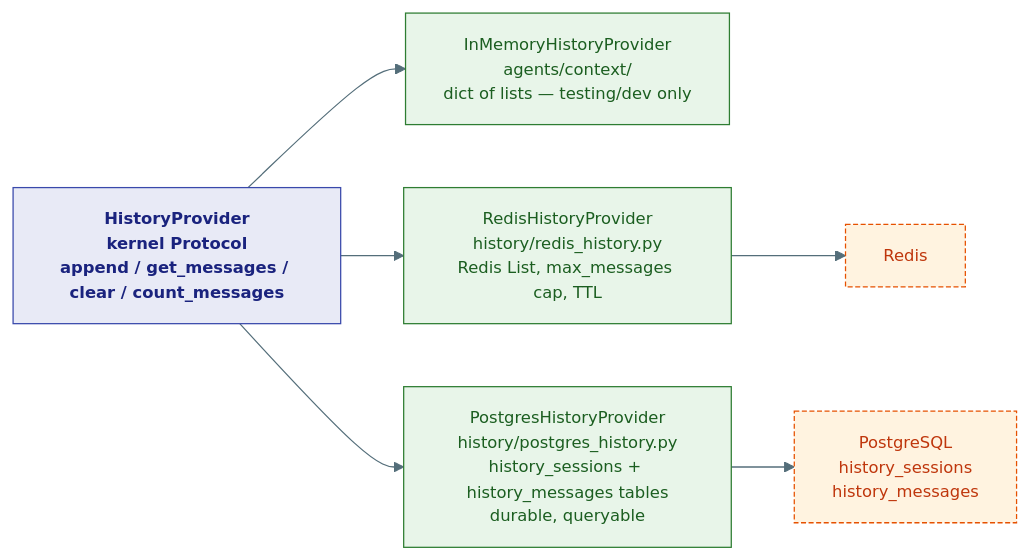
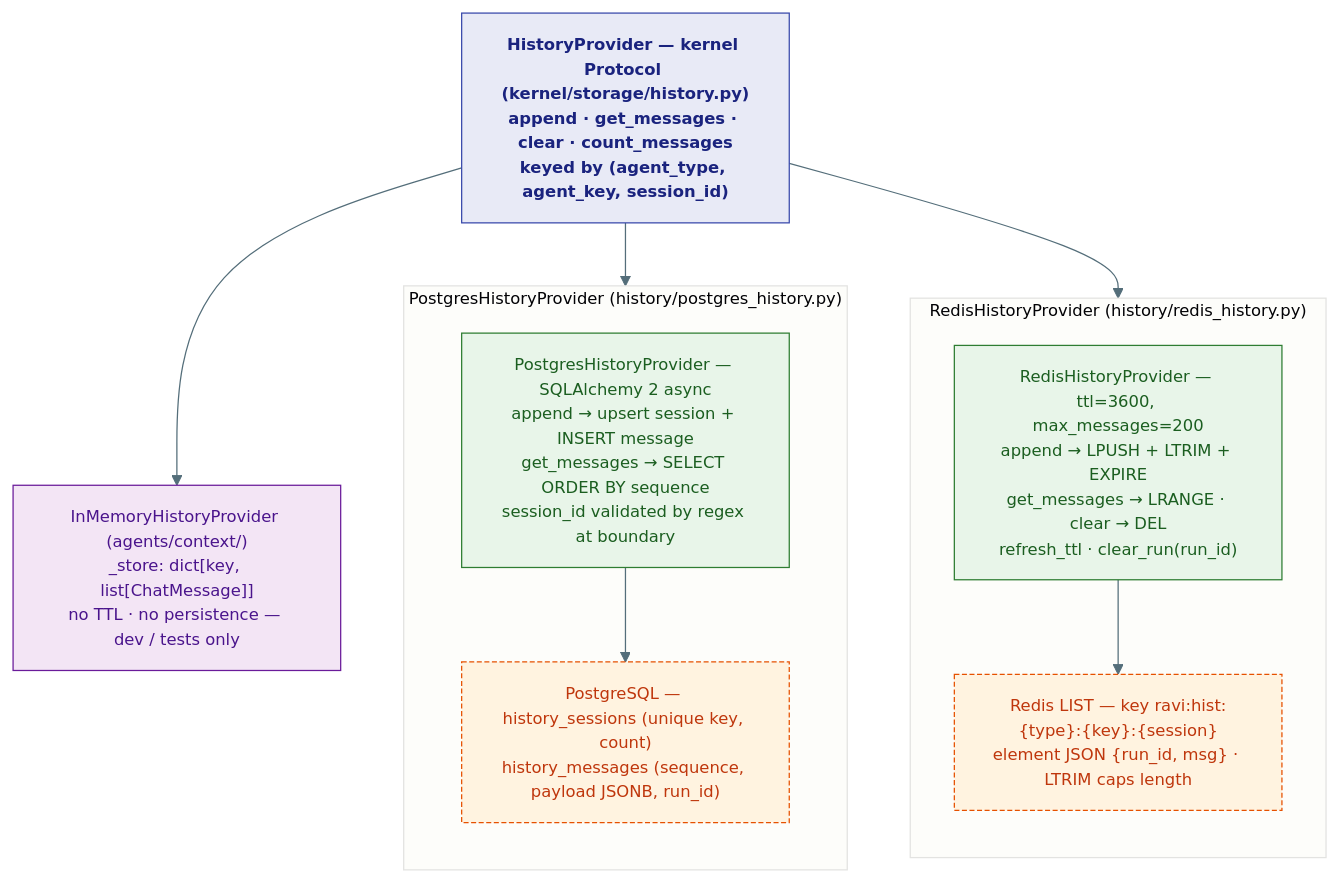
Before and after one commit to Ravikumarchavva/agent-substrate: the second of 2 diagrams in agents/agent-substrate/docs/capabilities/05-memory-and-history.md, drawn with Mermaid. The commit also changed other lines of this file and 10 other files, not shown here.

First line of the commit message:
Refactor documentation diagrams and enhance Mermaid integration

````diff
--- a/agents/agent-substrate/docs/capabilities/05-memory-and-history.md
+++ b/agents/agent-substrate/docs/capabilities/05-memory-and-history.md
@@ -90,22 +96,30 @@
 ```mermaid
 %%{init: {'theme': 'base', 'themeVariables': {'primaryColor': '#E8EAF6','primaryTextColor': '#1A237E','primaryBorderColor': '#3949AB','lineColor': '#546E7A','fontSize': '13px'}}}%%
-flowchart LR
+flowchart TB
     classDef proto fill:#E8EAF6,stroke:#3949AB,color:#1A237E,font-weight:bold
     classDef impl  fill:#E8F5E9,stroke:#2E7D32,color:#1B5E20
     classDef store fill:#FFF3E0,stroke:#E65100,color:#BF360C,stroke-dasharray:4 2
+    classDef dev   fill:#F3E5F5,stroke:#6A1B9A,color:#4A148C
 
-    HP["HistoryProvider\nkernel Protocol\nappend / get_messages / clear / count_messages"]:::proto
+    HP["HistoryProvider — kernel Protocol (kernel/storage/history.py)<br/>append · get_messages · clear · count_messages<br/>keyed by (agent_type, agent_key, session_id)"]:::proto
 
-    INMEM["InMemoryHistoryProvider\nagents/context/\ndict of lists — testing/dev only"]:::impl
-    RHP["RedisHistoryProvider\nhistory/redis_history.py\nRedis List, max_messages cap, TTL"]:::impl
-    PHP["PostgresHistoryProvider\nhistory/postgres_history.py\nhistory_sessions + history_messages tables\ndurable, queryable"]:::impl
+    INPROV["InMemoryHistoryProvider (agents/context/)<br/>_store: dict[key, list[ChatMessage]]<br/>no TTL · no persistence — dev / tests only"]:::dev
 
-    RD["Redis"]:::store
-    PG["PostgreSQL\nhistory_sessions\nhistory_messages"]:::store
+    subgraph REDISHIST["RedisHistoryProvider (history/redis_history.py)"]
+        direction TB
+        RHP["RedisHistoryProvider — ttl=3600, max_messages=200<br/>append → LPUSH + LTRIM + EXPIRE<br/>get_messages → LRANGE · clear → DEL<br/>refresh_ttl · clear_run(run_id)"]:::impl
+        RD["Redis LIST — key ravi:hist:{type}:{key}:{session}<br/>element JSON {run_id, msg} · LTRIM caps length"]:::store
+        RHP --> RD
+    end
 
-    HP --> INMEM
+    subgraph PGHIST["PostgresHistoryProvider (history/postgres_history.py)"]
+        direction TB
+        PHP["PostgresHistoryProvider — SQLAlchemy 2 async<br/>append → upsert session + INSERT message<br/>get_messages → SELECT ORDER BY sequence<br/>session_id validated by regex at boundary"]:::impl
+        PG["PostgreSQL — history_sessions (unique key, count)<br/>history_messages (sequence, payload JSONB, run_id)"]:::store
+        PHP --> PG
+    end
+
+    HP --> INPROV
     HP --> RHP
     HP --> PHP
-    RHP --> RD
-    PHP --> PG
 ```
````
